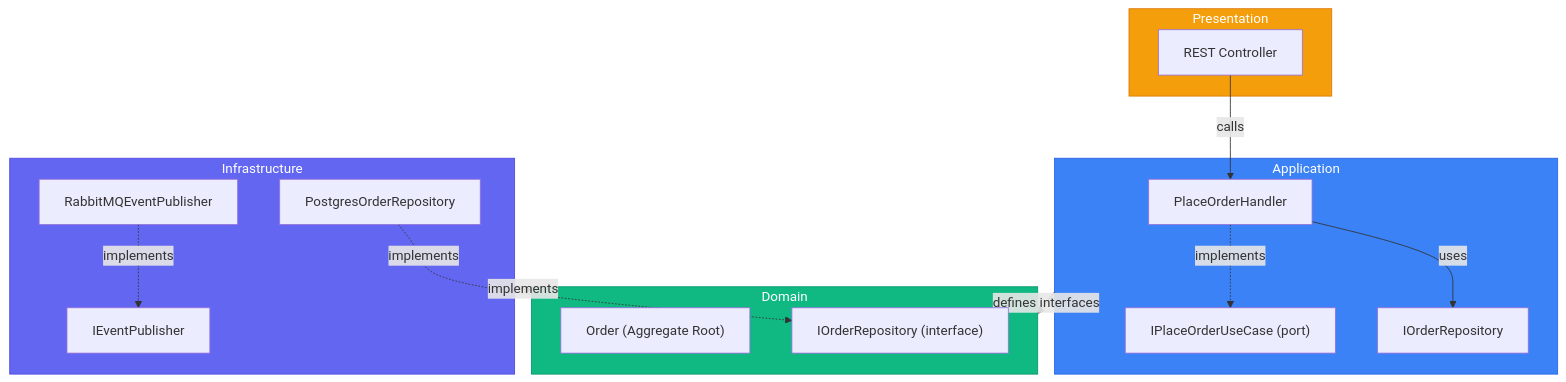
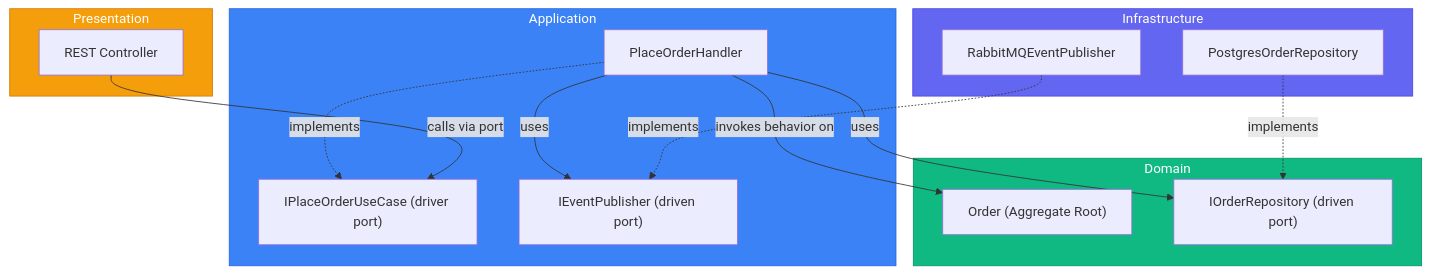
Before and after one commit to Arutemu64/fanapp: the diagram in .agents/skills/clean-ddd-hexagonal/references/LAYERS.md, drawn with Mermaid. The commit also changed other lines of this file and 105 other files, not shown here.

````diff
--- a/.agents/skills/clean-ddd-hexagonal/references/LAYERS.md
+++ b/.agents/skills/clean-ddd-hexagonal/references/LAYERS.md
@@ -402,35 +431,35 @@
 ```mermaid
 flowchart TB
     subgraph Presentation["Presentation"]
         REST["REST Controller"]
     end
 
     subgraph Application["Application"]
+        Port1["IPlaceOrderUseCase (driver port)"]
         Handler["PlaceOrderHandler"]
-        Port1["IPlaceOrderUseCase (port)"]
-        Port2["IOrderRepository"]
+        EventPub["IEventPublisher (driven port)"]
         Handler -.->|implements| Port1
-        Handler -->|uses| Port2
+        Handler -->|uses| EventPub
     end
 
     subgraph Domain["Domain"]
         Aggregate["Order (Aggregate Root)"]
-        RepoInterface["IOrderRepository (interface)"]
+        RepoInterface["IOrderRepository (driven port)"]
     end
 
     subgraph Infrastructure["Infrastructure"]
         PgRepo["PostgresOrderRepository"]
         RabbitMQ["RabbitMQEventPublisher"]
-        PgRepo -.->|implements| RepoInterface
-        RabbitMQ -.->|implements| EventPub["IEventPublisher"]
     end
 
-    REST -->|calls| Handler
-    Application -->|defines interfaces| Domain
-    Infrastructure -->|implements| Domain
+    REST -->|calls via port| Port1
+    Handler -->|uses| RepoInterface
+    Handler -->|invokes behavior on| Aggregate
+    PgRepo -.->|implements| RepoInterface
+    RabbitMQ -.->|implements| EventPub
 
     style Presentation fill:#f59e0b,stroke:#d97706,color:white
     style Application fill:#3b82f6,stroke:#2563eb,color:white
     style Domain fill:#10b981,stroke:#059669,color:white
     style Infrastructure fill:#6366f1,stroke:#4f46e5,color:white
 ```
````
